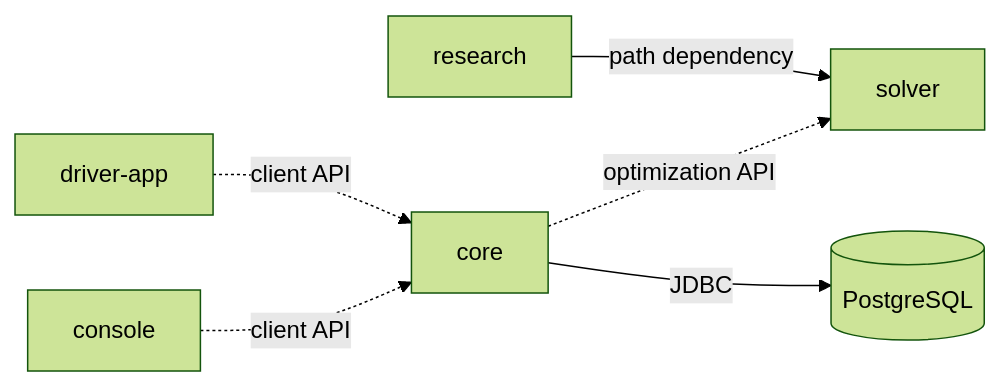
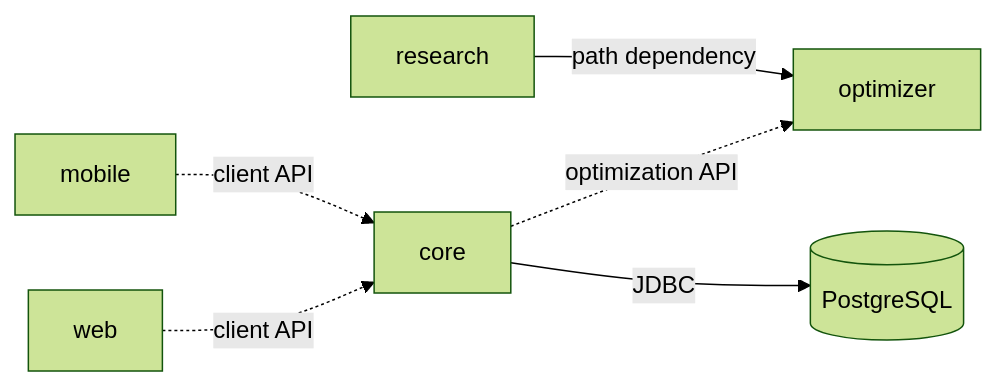
The diagram in docs/architecture/architecture.md (NaimElijah/DispatchFlow), drawn with Mermaid (forest theme) before and after one commit. The commit also changed other lines of this file and 744 other files, not shown here.

````diff
--- a/docs/architecture/architecture.md
+++ b/docs/architecture/architecture.md
@@ -22,8 +22,8 @@
 ```mermaid
 flowchart LR
-    console["console"] -.->|"client API"| core["core"]
-    driver["driver-app"] -.->|"client API"| core
-    core -.->|"optimization API"| solver["solver"]
+    web["web"] -.->|"client API"| core["core"]
+    mobile["mobile"] -.->|"client API"| core
+    core -.->|"optimization API"| optimizer["optimizer"]
     core -->|"JDBC"| pg[("PostgreSQL")]
-    research["research"] -->|"path dependency"| solver
+    research["research"] -->|"path dependency"| optimizer
 ```
````
